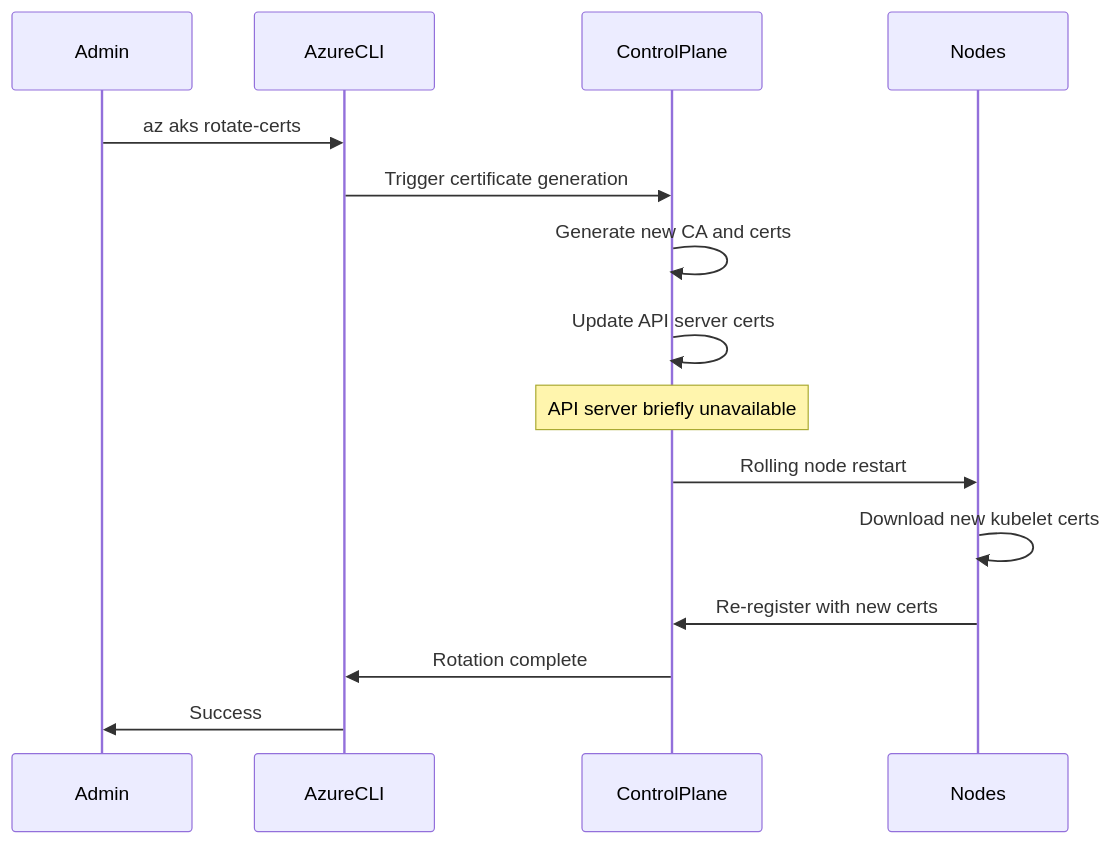
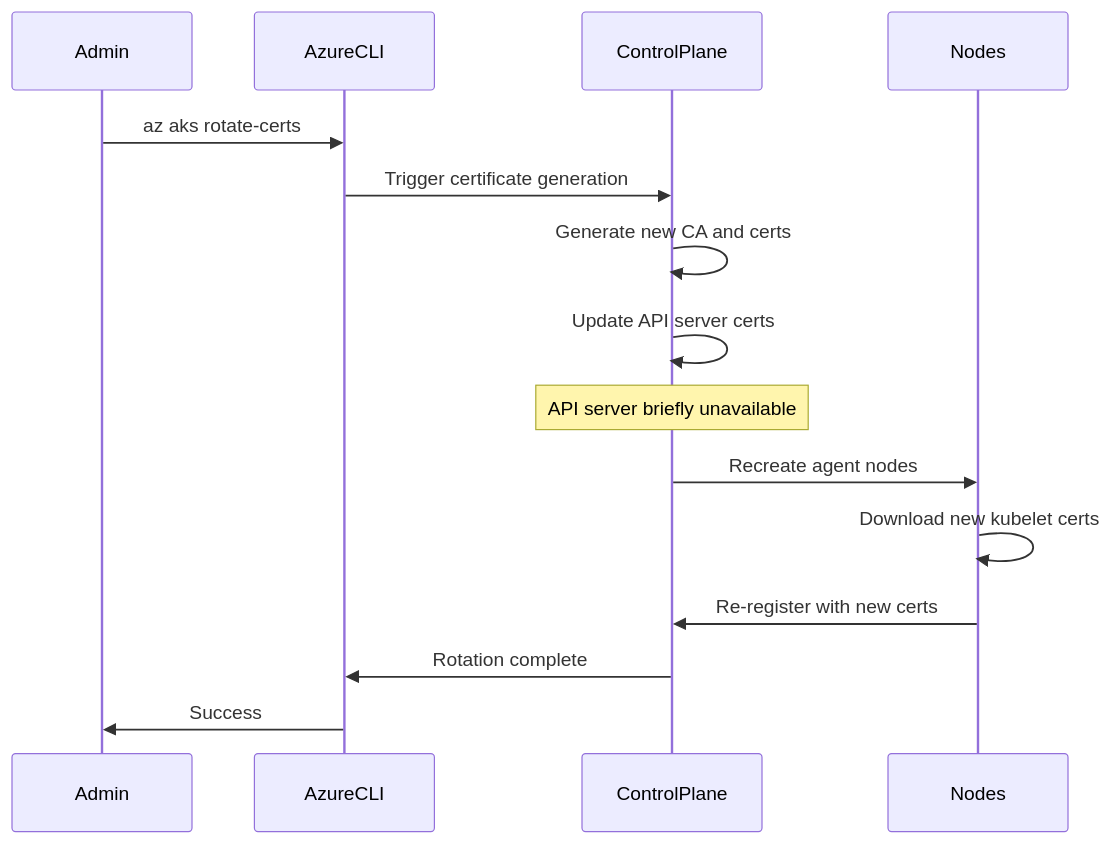
Before and after one commit to OneUptime/blog: the diagram in posts/2026-02-16-how-to-troubleshoot-aks-cluster-certificate-expiration-and-manual-rotation-procedures/README.md, drawn with Mermaid. The commit also changed other lines of this file and 2 other files, not shown here.

````diff
--- a/posts/2026-02-16-how-to-troubleshoot-aks-cluster-certificate-expiration-and-manual-rotation-procedures/README.md
+++ b/posts/2026-02-16-how-to-troubleshoot-aks-cluster-certificate-expiration-and-manual-rotation-procedures/README.md
@@ -230,18 +229,18 @@
 ```mermaid
 sequenceDiagram
     participant Admin
     participant AzureCLI
     participant ControlPlane
     participant Nodes
 
     Admin->>AzureCLI: az aks rotate-certs
     AzureCLI->>ControlPlane: Trigger certificate generation
     ControlPlane->>ControlPlane: Generate new CA and certs
     ControlPlane->>ControlPlane: Update API server certs
     Note over ControlPlane: API server briefly unavailable
-    ControlPlane->>Nodes: Rolling node restart
+    ControlPlane->>Nodes: Recreate agent nodes
     Nodes->>Nodes: Download new kubelet certs
     Nodes->>ControlPlane: Re-register with new certs
     ControlPlane->>AzureCLI: Rotation complete
     AzureCLI->>Admin: Success
 ```
````
